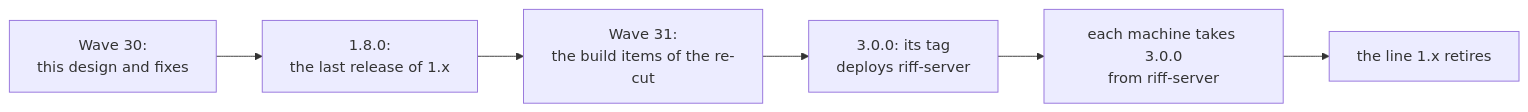
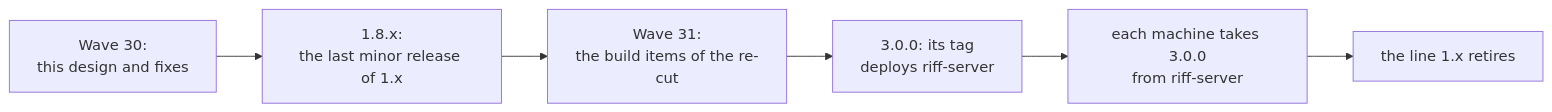
The third of 3 diagrams in docs/src/riff-3.md (como-technologies/riff), drawn with Mermaid before and after one commit. The commit also changed 58 other files, not shown here.

````diff
--- a/docs/src/riff-3.md
+++ b/docs/src/riff-3.md
@@ -115,8 +115,8 @@
 ```mermaid
 flowchart LR
-    W30["Wave 30:<br/>this design and fixes"] --> R18["1.8.0:<br/>the last release of 1.x"]
+    W30["Wave 30:<br/>this design and fixes"] --> R18["1.8.x:<br/>the last minor release of 1.x"]
     R18 --> W31["Wave 31:<br/>the build items of the re-cut"]
     W31 --> R3["3.0.0: its tag<br/>deploys riff-server"]
     R3 --> U["each machine takes 3.0.0<br/>from riff-server"]
     U --> X["the line 1.x retires"]
 ```
````
